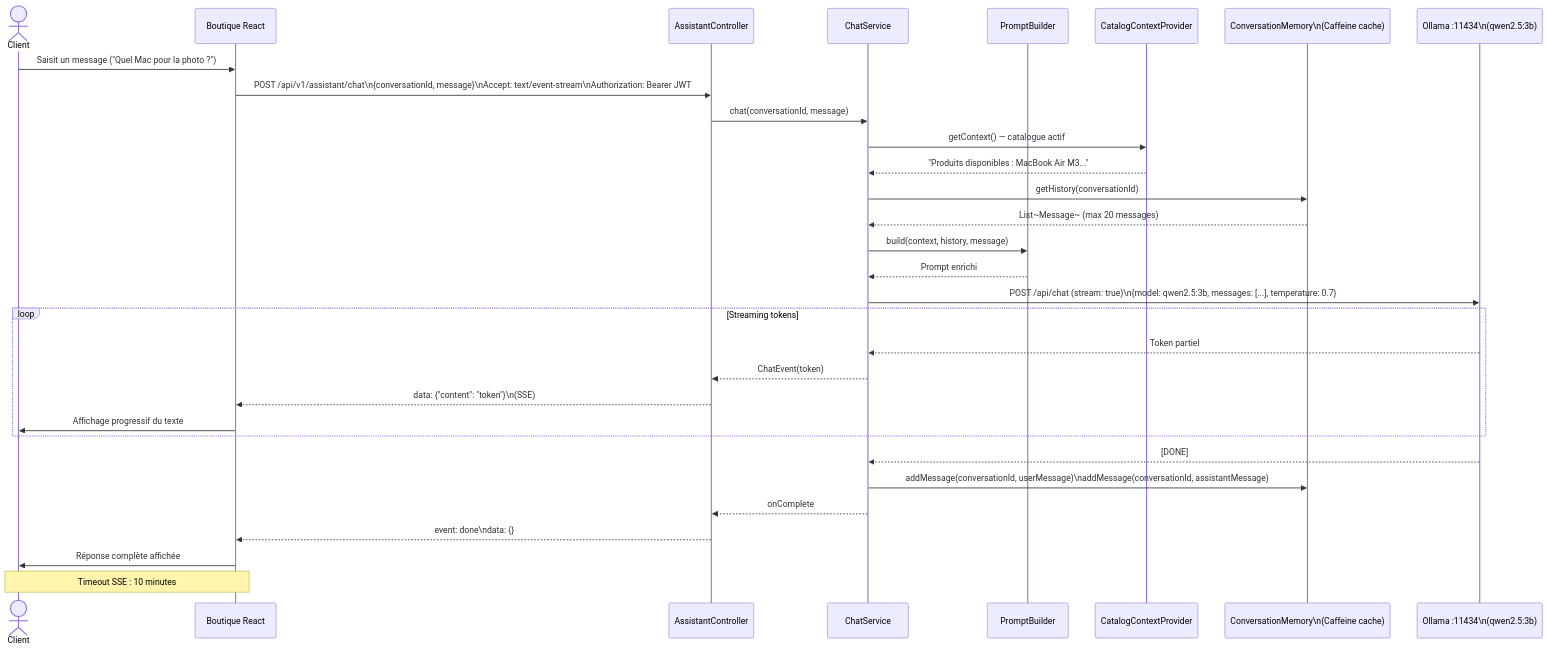
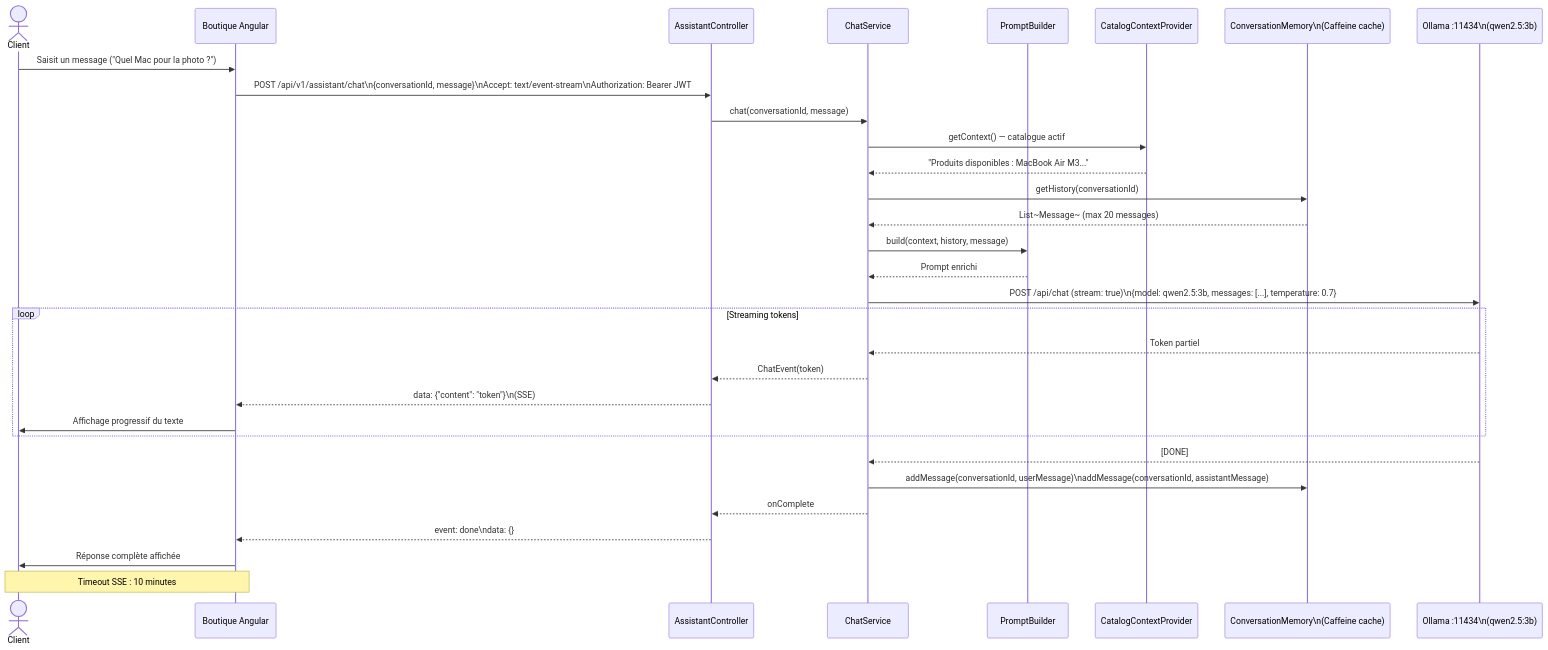
One commit to dbeaumont/macmarket changed the diagram in docs/diagrams/assistant-sequence.md. Above: the diagram before and after it, drawn with Mermaid. The commit also changed 4 other files, not shown here.

First line of the commit message:
docs: corrige les diagrammes Mermaid pour la stack Angular

````diff
--- a/docs/diagrams/assistant-sequence.md
+++ b/docs/diagrams/assistant-sequence.md
@@ -5,39 +5,39 @@
 ```mermaid
 sequenceDiagram
     actor C as Client
-    participant FC as Boutique React
+    participant FC as Boutique Angular
     participant AC as AssistantController
     participant CS as ChatService
     participant PB as PromptBuilder
     participant CP as CatalogContextProvider
     participant MEM as ConversationMemory\n(Caffeine cache)
     participant OLL as Ollama :11434\n(qwen2.5:3b)
 
     C->>FC: Saisit un message ("Quel Mac pour la photo ?")
     FC->>AC: POST /api/v1/assistant/chat\n{conversationId, message}\nAccept: text/event-stream\nAuthorization: Bearer JWT
 
     AC->>CS: chat(conversationId, message)
     CS->>CP: getContext() — catalogue actif
     CP-->>CS: "Produits disponibles : MacBook Air M3..."
     CS->>MEM: getHistory(conversationId)
     MEM-->>CS: List~Message~ (max 20 messages)
     CS->>PB: build(context, history, message)
     PB-->>CS: Prompt enrichi
 
     CS->>OLL: POST /api/chat (stream: true)\n{model: qwen2.5:3b, messages: [...], temperature: 0.7}
 
     loop Streaming tokens
         OLL-->>CS: Token partiel
         CS-->>AC: ChatEvent(token)
         AC-->>FC: data: {"content": "token"}\n(SSE)
         FC->>C: Affichage progressif du texte
     end
 
     OLL-->>CS: [DONE]
     CS->>MEM: addMessage(conversationId, userMessage)\naddMessage(conversationId, assistantMessage)
     CS-->>AC: onComplete
     AC-->>FC: event: done\ndata: {}
     FC->>C: Réponse complète affichée
 
     Note over C, FC: Timeout SSE : 10 minutes
 ```
````
